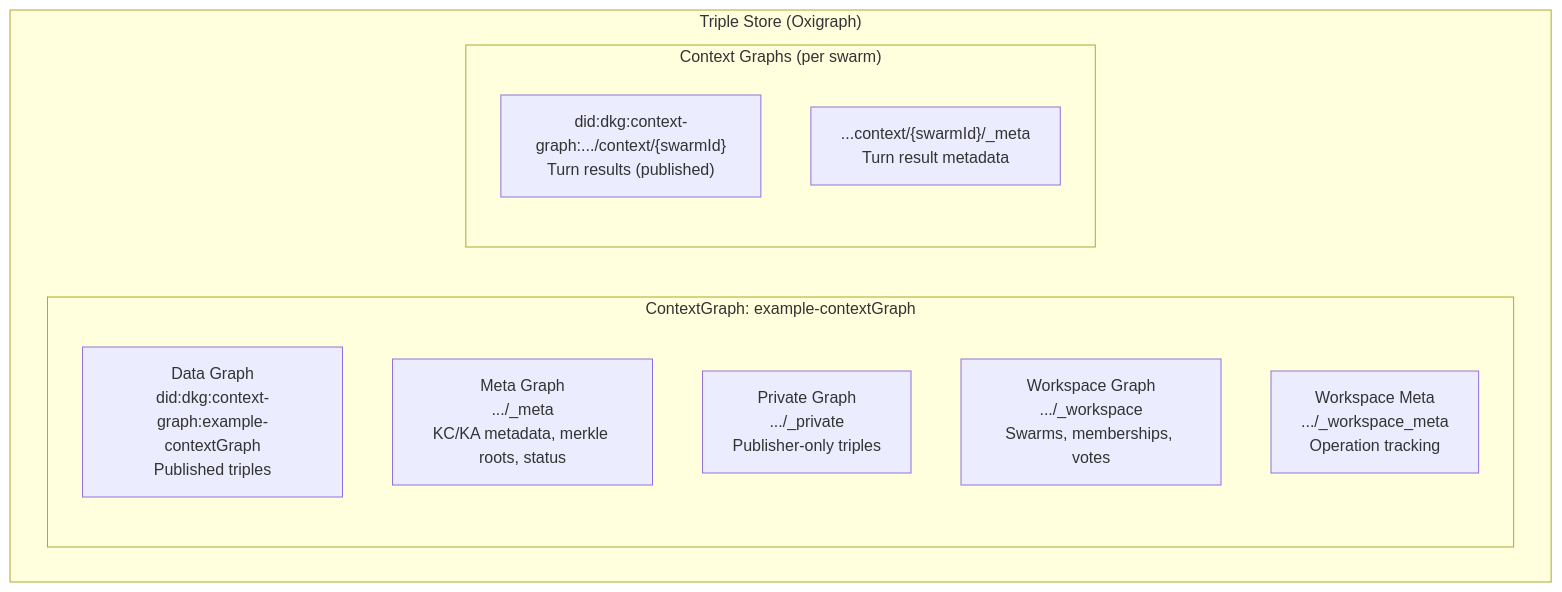
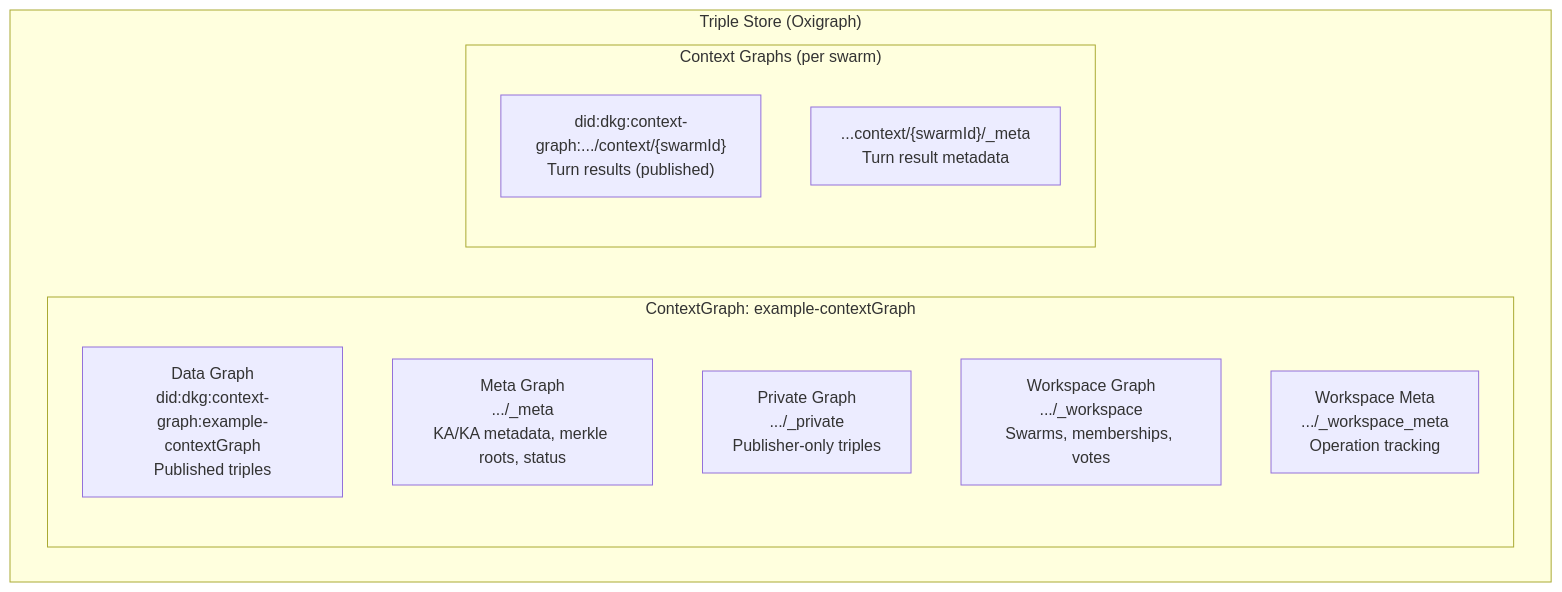
One commit to KilianTrunk/dkg changed diagram 13 of 15 in docs/v9-protocol-operations.md. Above: the diagram before and after it, drawn with Mermaid. The commit also changed other lines of this file and 122 other files, not shown here.

````diff
--- a/docs/v9-protocol-operations.md
+++ b/docs/v9-protocol-operations.md
@@ -969,17 +969,17 @@
 ```mermaid
 graph TB
     subgraph "Triple Store (Oxigraph)"
         subgraph "ContextGraph: example-contextGraph"
             DATA["Data Graph<br/>did:dkg:context-graph:example-contextGraph<br/>Published triples"]
-            META["Meta Graph<br/>.../_meta<br/>KC/KA metadata, merkle roots, status"]
+            META["Meta Graph<br/>.../_meta<br/>KA/KA metadata, merkle roots, status"]
             PRIV["Private Graph<br/>.../_private<br/>Publisher-only triples"]
             WS["Workspace Graph<br/>.../_workspace<br/>Swarms, memberships, votes"]
             WS_META["Workspace Meta<br/>.../_workspace_meta<br/>Operation tracking"]
         end
 
         subgraph "Context Graphs (per swarm)"
             CTX["did:dkg:context-graph:.../context/{swarmId}<br/>Turn results (published)"]
             CTX_META["...context/{swarmId}/_meta<br/>Turn result metadata"]
         end
     end
 ```
````
